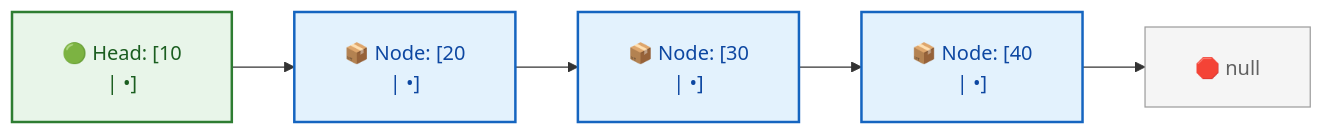
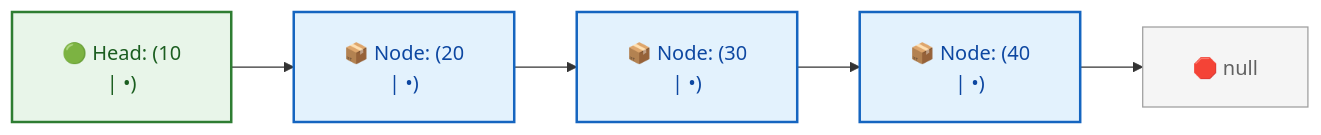
One commit to dip4k/DSA_102 changed the diagram in week_02_foundations_ii_linear_data_structures/WEEK_02_FULL_PLAYBOOK.md. Above: the diagram before and after it, drawn with Mermaid. The commit also changed 147 other files, not shown here.

First line of the commit message:
feat(curriculum): enrich Weeks 01-19 instructional modules & resolve repository-wide Mermaid cutoff

````diff
--- a/week_02_foundations_ii_linear_data_structures/WEEK_02_FULL_PLAYBOOK.md
+++ b/week_02_foundations_ii_linear_data_structures/WEEK_02_FULL_PLAYBOOK.md
@@ -633,9 +633,9 @@
 ```mermaid
 %%{init: {"flowchart": {"htmlLabels": true, "padding": 20}, "themeCSS": "foreignObject { overflow: visible !important; }"}}%%
 flowchart LR
     classDef headNode fill:#e8f5e9,stroke:#2e7d32,stroke-width:2px,color:#1b5e20
     classDef node fill:#e3f2fd,stroke:#1565c0,stroke-width:2px,color:#0d47a1
     classDef nullNode fill:#f5f5f5,stroke:#9e9e9e,stroke-width:1px,color:#616161
 
-    N1["🟢 Head: [10<br/>| •]"]:::headNode --> N2["📦 Node: [20<br/>| •]"]:::node --> N3["📦 Node: [30<br/>| •]"]:::node --> N4["📦 Node: [40<br/>| •]"]:::node --> N5["🛑 null"]:::nullNode
+    N1["🟢 Head: (10<br/>| •)"]:::headNode --> N2["📦 Node: (20<br/>| •)"]:::node --> N3["📦 Node: (30<br/>| •)"]:::node --> N4["📦 Node: (40<br/>| •)"]:::node --> N5["🛑 null"]:::nullNode
 ```
````
